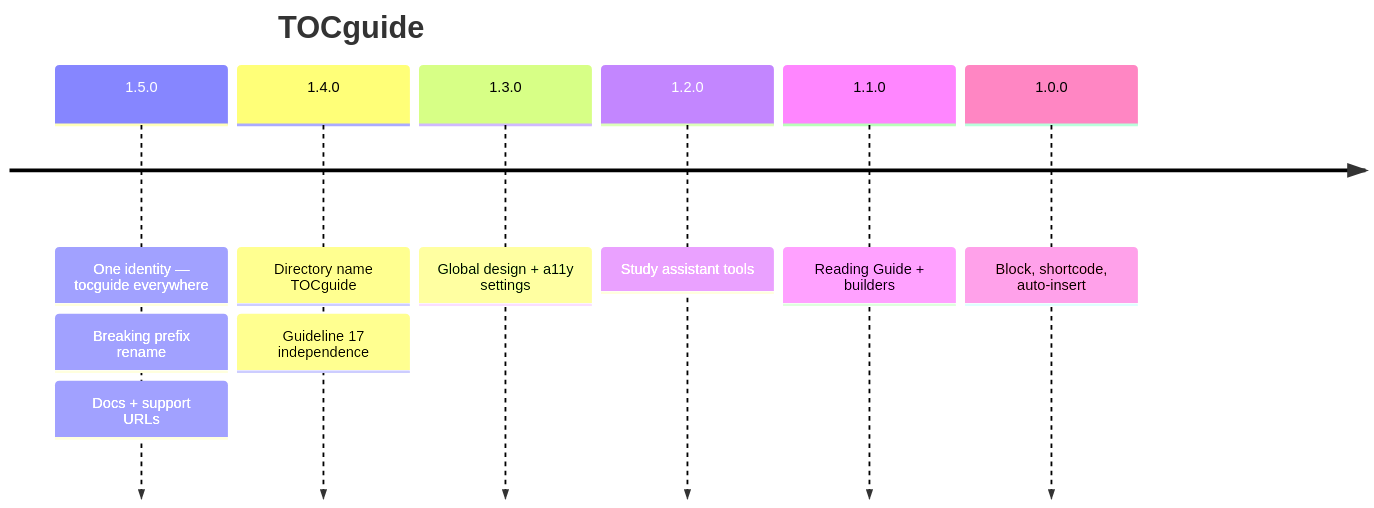
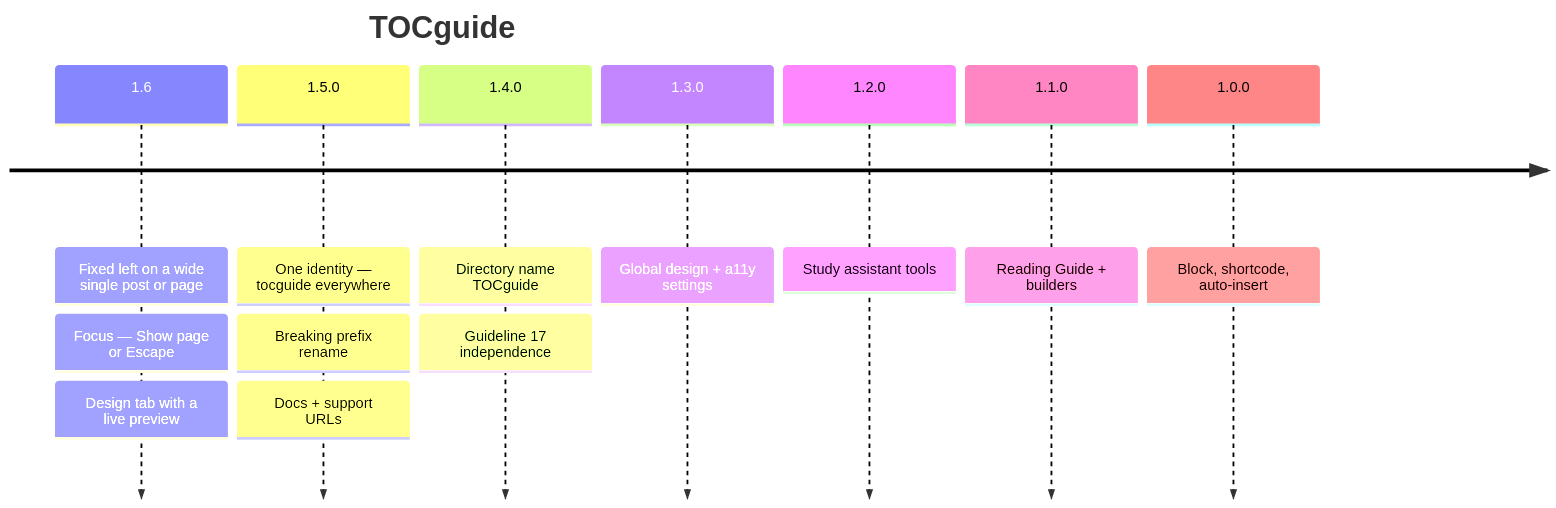
One commit to matthummel-pa/tocguide changed the diagram in README.md. Above: the diagram before and after it, drawn with Mermaid. The commit also changed other lines of this file and 6 other files, not shown here.

Commit message:
docs: describe Fixed left, Focus, and Design

````diff
--- a/README.md
+++ b/README.md
@@ -64,13 +65,16 @@
 ```mermaid
 timeline
     title TOCguide
+    1.6 : Fixed left on a wide single post or page
+        : Focus — Show page or Escape
+        : Design tab with a live preview
     1.5.0 : One identity — tocguide everywhere
          : Breaking prefix rename
          : Docs + support URLs
     1.4.0 : Directory name TOCguide
          : Guideline 17 independence
     1.3.0 : Global design + a11y settings
     1.2.0 : Study assistant tools
     1.1.0 : Reading Guide + builders
     1.0.0 : Block, shortcode, auto-insert
 ```
````
